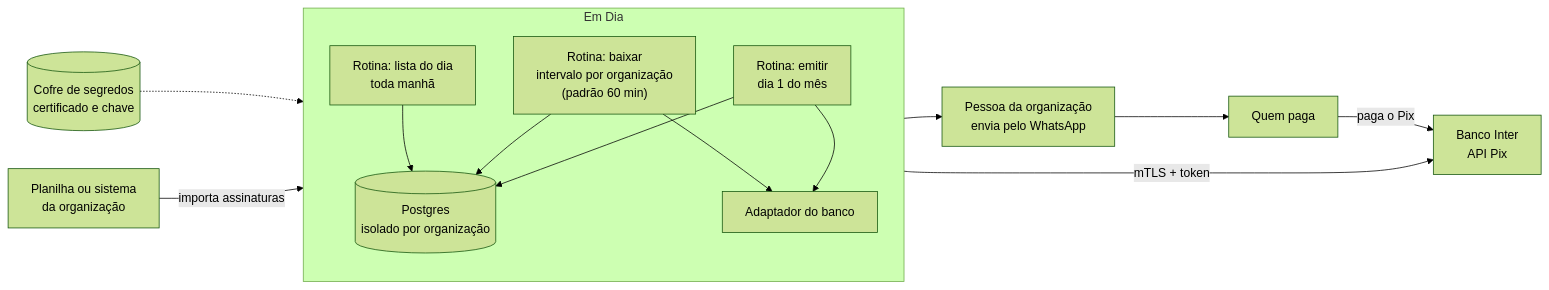
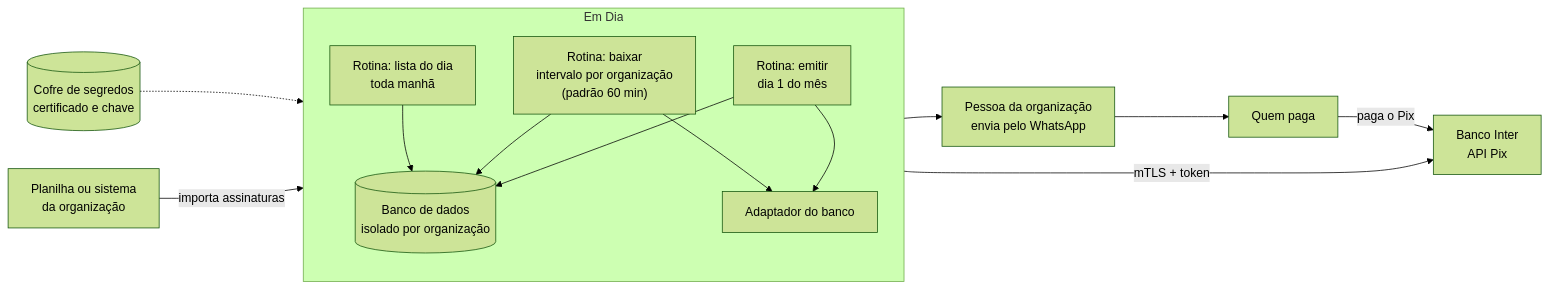
The second of 9 diagrams in docs/processos.md (leonardorudolfocardoso/pix-em-dia), drawn with Mermaid (forest theme) before and after one commit. The commit also changed other lines of this file and 3 other files, not shown here.

````diff
--- a/docs/processos.md
+++ b/docs/processos.md
@@ -52,22 +52,22 @@
 ```mermaid
 flowchart LR
   planilha["Planilha ou sistema<br/>da organização"] -->|importa assinaturas| emdia
   subgraph emdia["Em Dia"]
     direction TB
     emitir["Rotina: emitir<br/>dia 1 do mês"]
     baixar["Rotina: baixar<br/>intervalo por organização<br/>(padrão 60 min)"]
     lista["Rotina: lista do dia<br/>toda manhã"]
-    db[("Postgres<br/>isolado por organização")]
+    db[("Banco de dados<br/>isolado por organização")]
     adaptador["Adaptador do banco"]
     emitir --> db
     baixar --> db
     lista --> db
     emitir --> adaptador
     baixar --> adaptador
   end
   adaptador -->|mTLS + token| inter["Banco Inter<br/>API Pix"]
   cofre[("Cofre de segredos<br/>certificado e chave")] -.-> adaptador
   lista --> pessoa["Pessoa da organização<br/>envia pelo WhatsApp"]
   pessoa --> familia["Quem paga"]
   familia -->|paga o Pix| inter
 ```
````
